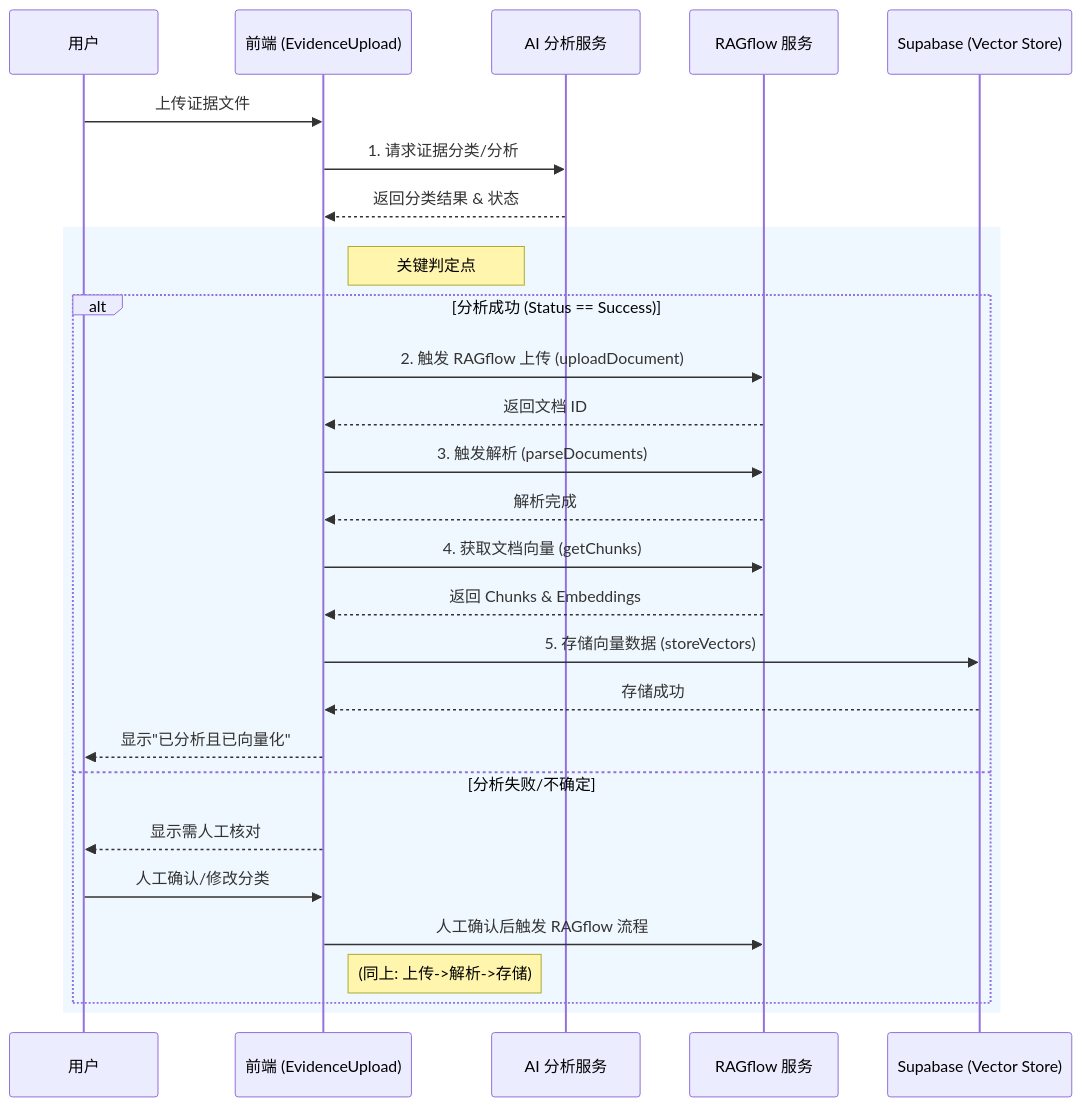
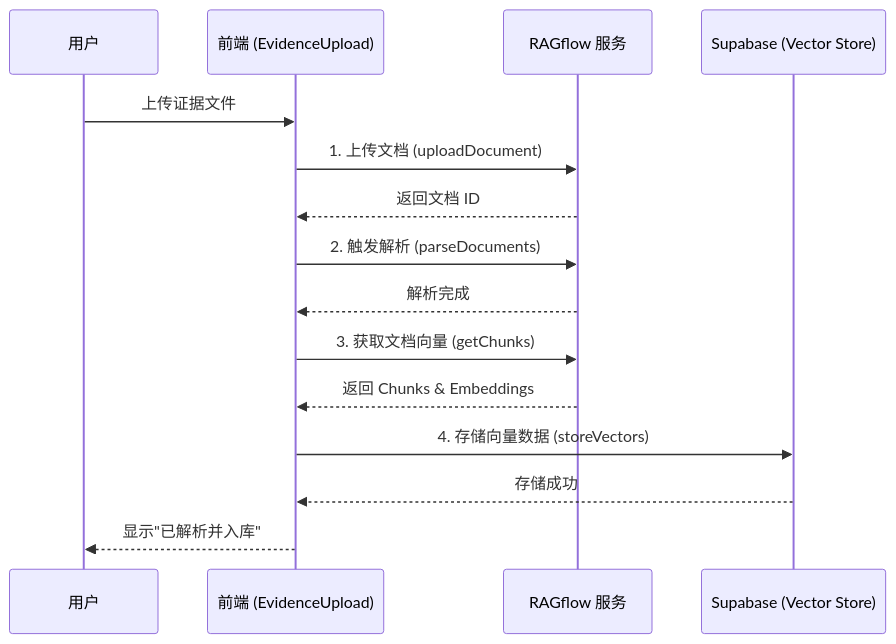
The third of 3 diagrams in docs/技术文档/RAGflow集成实现方案.md (690925339/Legal-workspace-test), drawn with Mermaid before and after one commit. The commit also changed other lines of this file and 14 other files, not shown here.

````diff
--- a/docs/技术文档/RAGflow集成实现方案.md
+++ b/docs/技术文档/RAGflow集成实现方案.md
@@ -156,32 +126,18 @@
 ```mermaid
 sequenceDiagram
     participant U as 用户
     participant FE as 前端 (EvidenceUpload)
-    participant AI as AI 分析服务
     participant RAG as RAGflow 服务
     participant DB as Supabase (Vector Store)
 
     U->>FE: 上传证据文件
-    FE->>AI: 1. 请求证据分类/分析
-    AI-->>FE: 返回分类结果 & 状态
-
-    rect rgb(240, 248, 255)
-        note right of FE: 关键判定点
-        alt 分析成功 (Status == Success)
-            FE->>RAG: 2. 触发 RAGflow 上传 (uploadDocument)
-            RAG-->>FE: 返回文档 ID
-            FE->>RAG: 3. 触发解析 (parseDocuments)
-            RAG-->>FE: 解析完成
-            FE->>RAG: 4. 获取文档向量 (getChunks)
-            RAG-->>FE: 返回 Chunks & Embeddings
-            FE->>DB: 5. 存储向量数据 (storeVectors)
-            DB-->>FE: 存储成功
-            FE-->>U: 显示"已分析且已向量化"
-        else 分析失败/不确定
-            FE-->>U: 显示需人工核对
-            U->>FE: 人工确认/修改分类
-            FE->>RAG: 人工确认后触发 RAGflow 流程
-            note right of FE: (同上: 上传->解析->存储)
-        end
-    end
+    FE->>RAG: 1. 上传文档 (uploadDocument)
+    RAG-->>FE: 返回文档 ID
+    FE->>RAG: 2. 触发解析 (parseDocuments)
+    RAG-->>FE: 解析完成
+    FE->>RAG: 3. 获取文档向量 (getChunks)
+    RAG-->>FE: 返回 Chunks & Embeddings
+    FE->>DB: 4. 存储向量数据 (storeVectors)
+    DB-->>FE: 存储成功
+    FE-->>U: 显示"已解析并入库"
 ```
````
